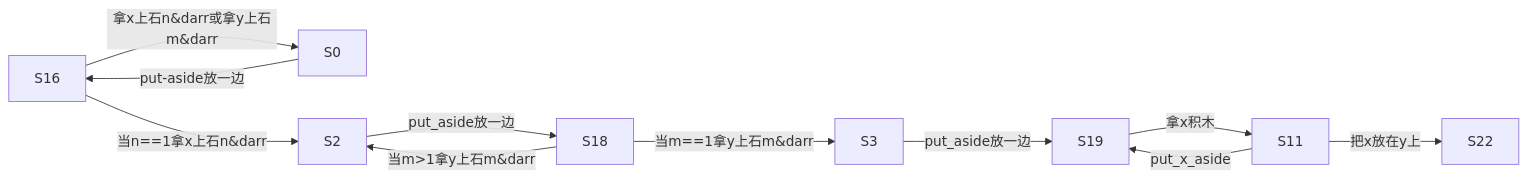
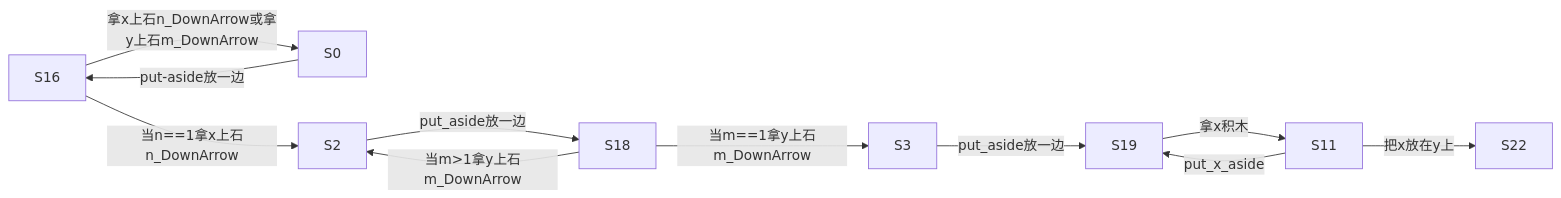
One commit to Tridu33/ZERO-Starting-AI-Planning-in-PDDL-Descripted-World changed diagram 26 of 29 in docs/SolversBaseOnPDDL/GP_Numerical/图法QNP.md. Above: the diagram before and after it, drawn with Mermaid. The commit also changed other lines of this file and 25 other files, not shown here.

````diff
--- a/docs/SolversBaseOnPDDL/GP_Numerical/图法QNP.md
+++ b/docs/SolversBaseOnPDDL/GP_Numerical/图法QNP.md
@@ -1121,13 +1114,13 @@
 ```mermaid
 graph LR;
-　　S16 -->|拿x上石n&darr或拿y上石m&darr| S0;
+　　S16 -->|拿x上石n_DownArrow或拿y上石m_DownArrow| S0;
 　　S0 -->|put-aside放一边| S16;
-　　S16 -->|当n==1拿x上石n&darr| S2 ;
+　　S16 -->|当n==1拿x上石n_DownArrow| S2 ;
 　　S2 -->|put_aside放一边| S18;
-　　S18 -->|当m>1拿y上石m&darr| S2;
-　　S18 -->|当m==1拿y上石m&darr| S3;
+　　S18 -->|当m>1拿y上石m_DownArrow| S2;
+　　S18 -->|当m==1拿y上石m_DownArrow| S3;
 　　S3 -->|put_aside放一边| S19;
 　　S19 -->|拿x积木| S11;
 　　S11 -->|put_x_aside| S19;
 　　S11 -->|把x放在y上| S22;
 ```
````
